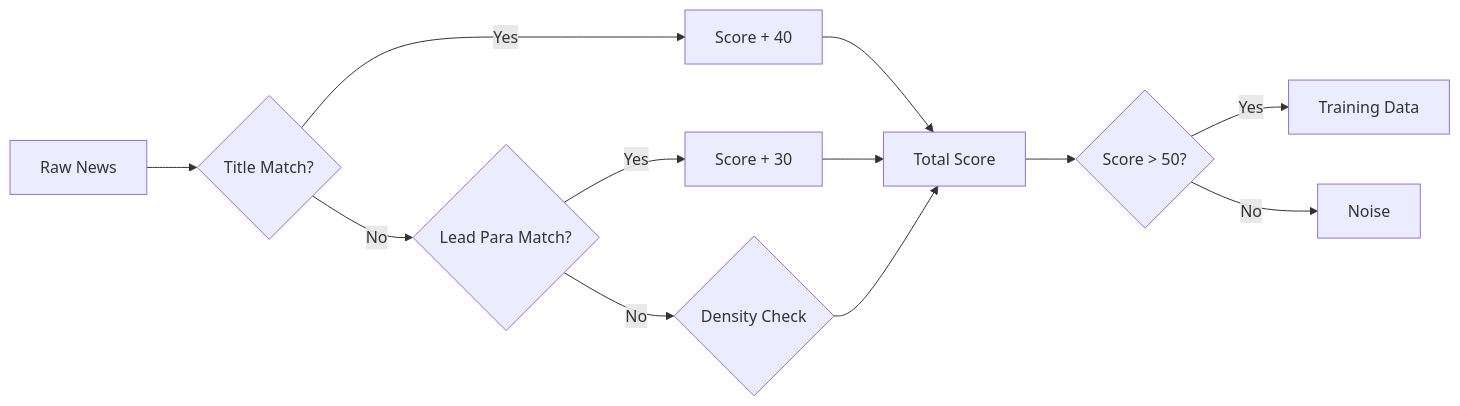
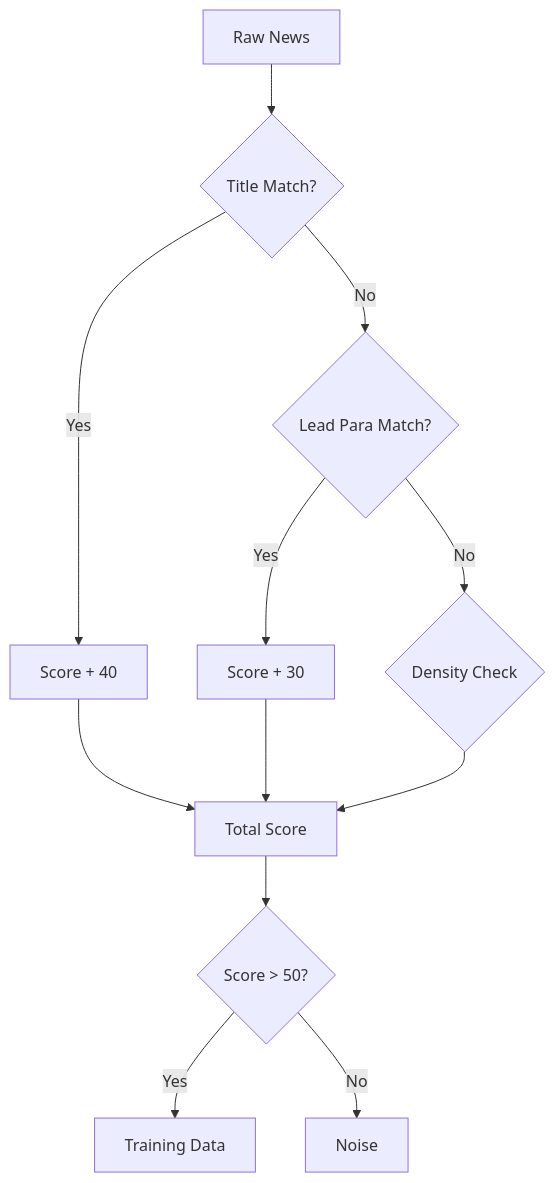
One commit to silverwoods-dev/N-SentiTrader changed the second of 3 diagrams in README.md. Above: the diagram before and after it, drawn with Mermaid. The commit also changed other lines of this file, not shown here.

Commit message:
docs: update project README documentation

````diff
--- a/README.md
+++ b/README.md
@@ -188,14 +188,14 @@
 ```mermaid
-flowchart LR
-    Raw[Raw News] --> Title{Title Match?}
-    Title -->|Yes| Score1[Score + 40]
-    Title -->|No| Para{Lead Para Match?}
-    Para -->|Yes| Score2[Score + 30]
-    Para -->|No| Density{Density Check}
-    Score1 --> Sum[Total Score]
+flowchart TD
+    Raw["Raw News"] --> Title{"Title Match?"}
+    Title -->|Yes| Score1["Score + 40"]
+    Title -->|No| Para{"Lead Para Match?"}
+    Para -->|Yes| Score2["Score + 30"]
+    Para -->|No| Density{"Density Check"}
+    Score1 --> Sum["Total Score"]
     Score2 --> Sum
     Density --> Sum
-    Sum --> Decision{Score > 50?}
-    Decision -->|Yes| Accept[Training Data]
-    Decision -->|No| Reject[Noise]
+    Sum --> Decision{"Score > 50?"}
+    Decision -->|Yes| Accept["Training Data"]
+    Decision -->|No| Reject["Noise"]
 ```
````
